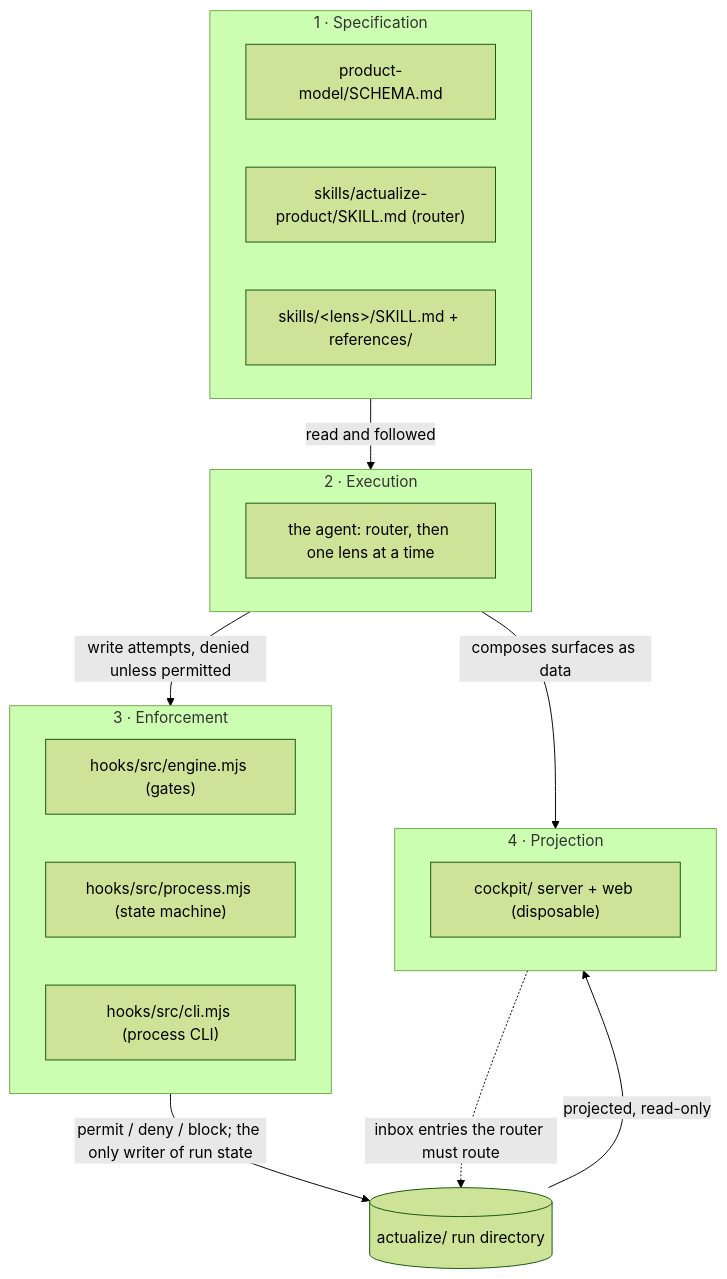
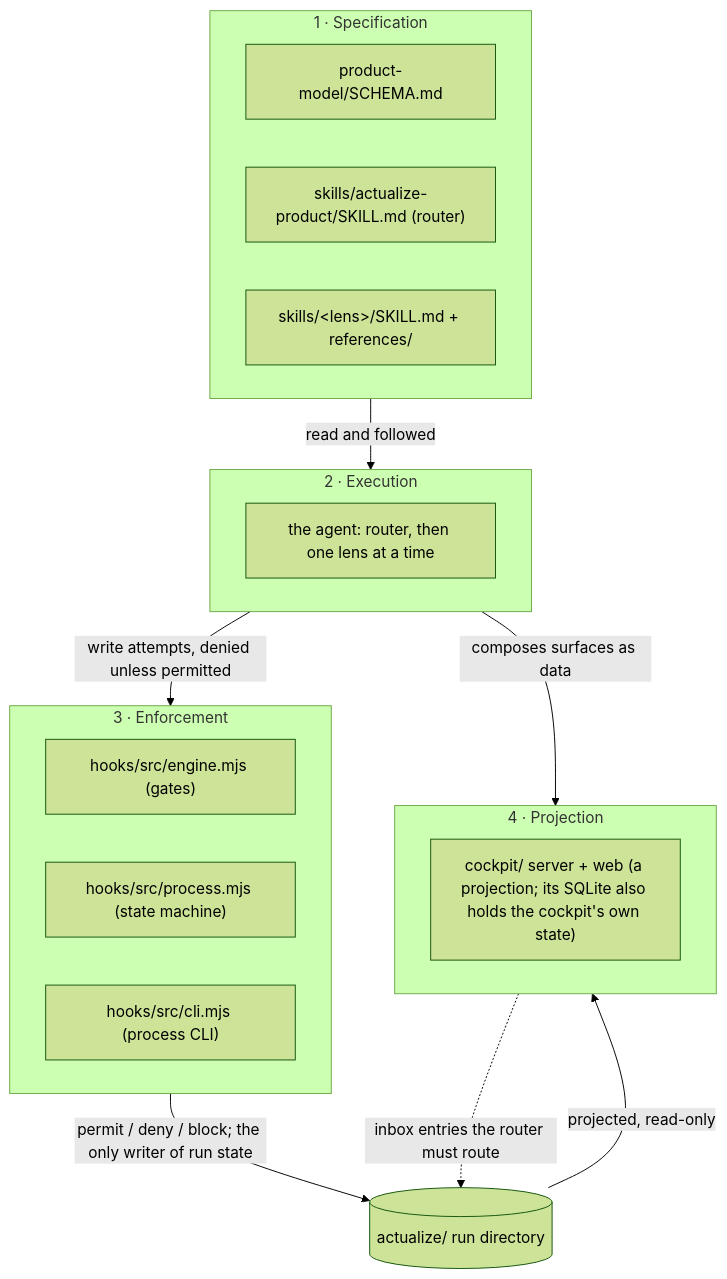
One commit to SPRIME01/Product-Actualizer changed the first of 2 diagrams in docs/architecture.md. Above: the diagram before and after it, drawn with Mermaid (forest theme). The commit also changed other lines of this file and 52 other files, not shown here.

````diff
--- a/docs/architecture.md
+++ b/docs/architecture.md
@@ -35,26 +35,26 @@
 ```mermaid
 flowchart TD
     subgraph L1["1 · Specification"]
         S["product-model/SCHEMA.md"]
         K["skills/actualize-product/SKILL.md (router)"]
         L["skills/&lt;lens&gt;/SKILL.md + references/"]
     end
     subgraph L2["2 · Execution"]
         A["the agent: router, then one lens at a time"]
     end
     subgraph L3["3 · Enforcement"]
         E["hooks/src/engine.mjs (gates)"]
         P["hooks/src/process.mjs (state machine)"]
         C["hooks/src/cli.mjs (process CLI)"]
     end
     subgraph L4["4 · Projection"]
-        J["cockpit/ server + web (disposable)"]
+        J["cockpit/ server + web (a projection; its SQLite also holds the cockpit's own state)"]
     end
 
     L1 -->|read and followed| L2
     L2 -->|write attempts, denied unless permitted| L3
     L3 -->|permit / deny / block; the only writer of run state| R[("actualize/ run directory")]
     R -->|projected, read-only| L4
     L2 -->|composes surfaces as data| L4
     L4 -.->|inbox entries the router must route| R
 ```
````
